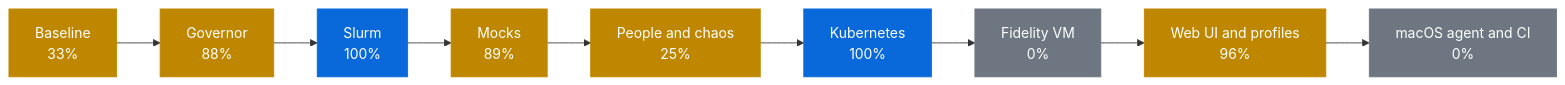
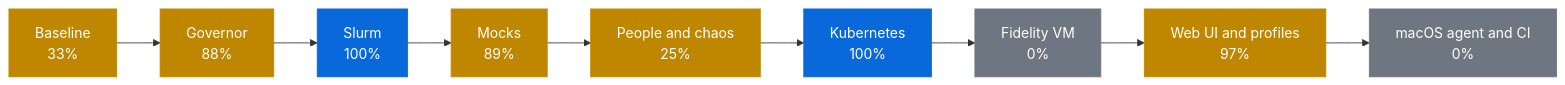
The first of 2 diagrams in docs/PROGRESS.md (AhmedYousriSobhi/workbench), drawn with Mermaid before and after one commit. The commit also changed other lines of this file and 25 other files, not shown here.

````diff
--- a/docs/PROGRESS.md
+++ b/docs/PROGRESS.md
@@ -12,17 +12,17 @@
 ```mermaid
 flowchart LR
     p0["Baseline<br/>33%"]:::partial
     p1["Governor<br/>88%"]:::partial
     p2["Slurm<br/>100%"]:::review
     p3["Mocks<br/>89%"]:::partial
     p4["People and chaos<br/>25%"]:::partial
     p5["Kubernetes<br/>100%"]:::review
     p6["Fidelity VM<br/>0%"]:::todo
-    p7["Web UI and profiles<br/>96%"]:::partial
+    p7["Web UI and profiles<br/>97%"]:::partial
     p8["macOS agent and CI<br/>0%"]:::todo
     p0 --> p1 --> p2 --> p3 --> p4 --> p5 --> p6 --> p7 --> p8
     classDef done fill:#1a7f37,stroke:#1a7f37,color:#fff
     classDef review fill:#0969da,stroke:#0969da,color:#fff
     classDef partial fill:#bf8700,stroke:#bf8700,color:#fff
     classDef todo fill:#6e7781,stroke:#6e7781,color:#fff
 ```
````
